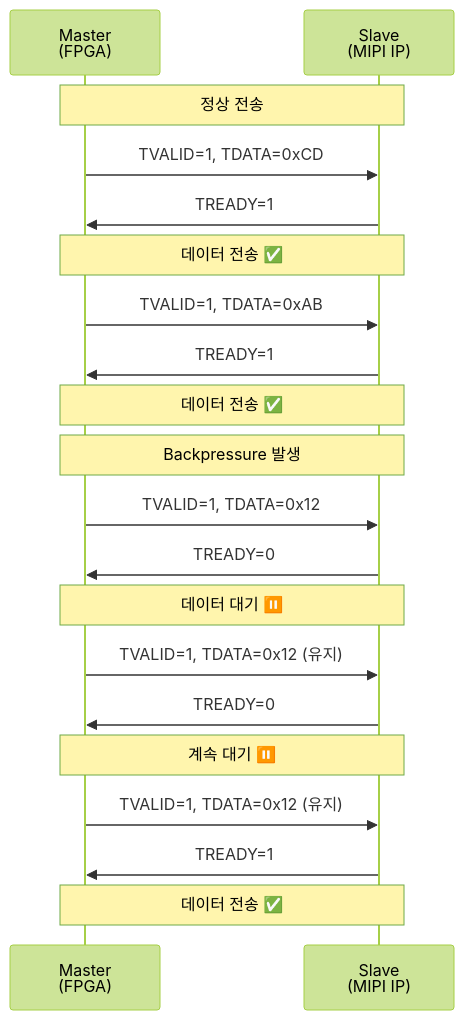
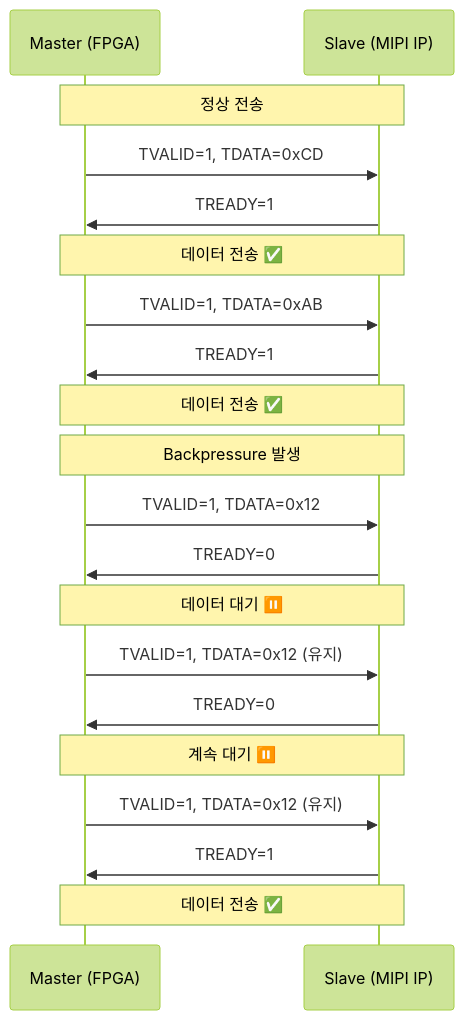
Before and after one commit to hnabyz-bot/fpga-imx8mp: the sixth of 10 diagrams in agent-guide/system-flow-diagram.md, drawn with Mermaid (forest theme). The commit also changed other lines of this file, not shown here.

Commit message:
Fix all HTML br tags in system-flow-diagram.md for GitHub Mermaid compatibility

````diff
--- a/agent-guide/system-flow-diagram.md
+++ b/agent-guide/system-flow-diagram.md
@@ -177,27 +177,27 @@
 ```mermaid
 sequenceDiagram
-    participant M as Master<br/>(FPGA)
-    participant S as Slave<br/>(MIPI IP)
+    participant M as Master (FPGA)
+    participant S as Slave (MIPI IP)
     
     Note over M,S: 정상 전송
     M->>S: TVALID=1, TDATA=0xCD
     S->>M: TREADY=1
     Note over M,S: 데이터 전송 ✅
     
     M->>S: TVALID=1, TDATA=0xAB
     S->>M: TREADY=1
     Note over M,S: 데이터 전송 ✅
     
     Note over M,S: Backpressure 발생
     M->>S: TVALID=1, TDATA=0x12
     S->>M: TREADY=0
     Note over M,S: 데이터 대기 ⏸️
     
     M->>S: TVALID=1, TDATA=0x12 (유지)
     S->>M: TREADY=0
     Note over M,S: 계속 대기 ⏸️
     
     M->>S: TVALID=1, TDATA=0x12 (유지)
     S->>M: TREADY=1
     Note over M,S: 데이터 전송 ✅
 ```
````
